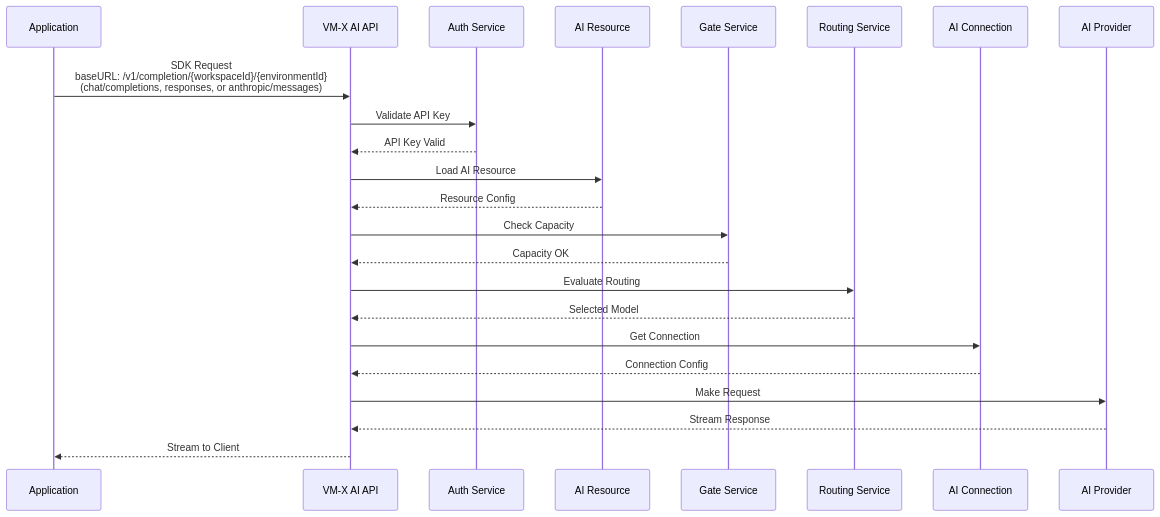
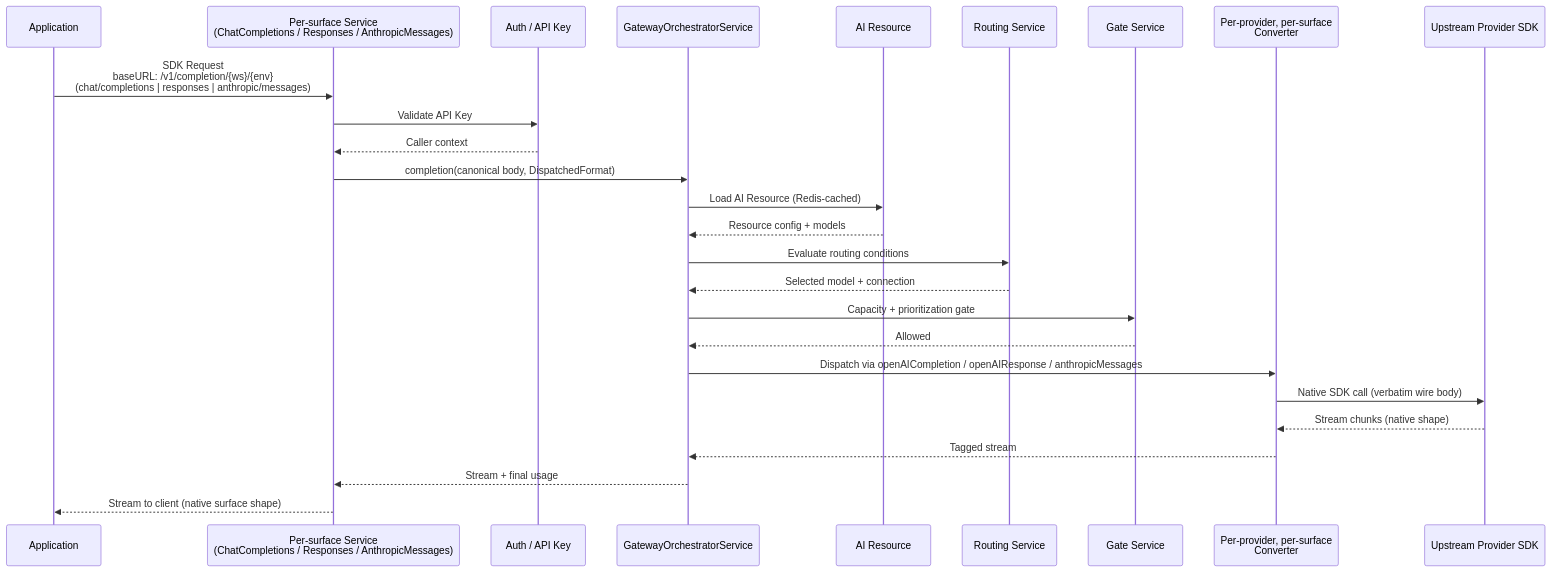
The second of 12 diagrams in docs/docs/architecture.md (vm-x-ai/vm-x-ai), drawn with Mermaid before and after one commit. The commit also changed other lines of this file and 183 other files, not shown here.

````diff
--- a/docs/docs/architecture.md
+++ b/docs/docs/architecture.md
@@ -118,26 +151,29 @@
 ```mermaid
 sequenceDiagram
     participant App as Application
-    participant VMX as VM-X AI API
-    participant Auth as Auth Service
+    participant Surface as Per-surface Service<br/>(ChatCompletions / Responses / AnthropicMessages)
+    participant Auth as Auth / API Key
+    participant Orch as GatewayOrchestratorService
     participant Resource as AI Resource
+    participant Routing as Routing Service
     participant Gate as Gate Service
-    participant Routing as Routing Service
-    participant Connection as AI Connection
-    participant Provider as AI Provider
+    participant Conv as Per-provider, per-surface<br/>Converter
+    participant Provider as Upstream Provider SDK
 
-    App->>VMX: SDK Request<br/>baseURL: /v1/completion/{workspaceId}/{environmentId}<br/>(chat/completions, responses, or anthropic/messages)
-    VMX->>Auth: Validate API Key
-    Auth-->>VMX: API Key Valid
-    VMX->>Resource: Load AI Resource
-    Resource-->>VMX: Resource Config
-    VMX->>Gate: Check Capacity
-    Gate-->>VMX: Capacity OK
-    VMX->>Routing: Evaluate Routing
-    Routing-->>VMX: Selected Model
-    VMX->>Connection: Get Connection
-    Connection-->>VMX: Connection Config
-    VMX->>Provider: Make Request
-    Provider-->>VMX: Stream Response
-    VMX-->>App: Stream to Client
+    App->>Surface: SDK Request<br/>baseURL: /v1/completion/{ws}/{env}<br/>(chat/completions | responses | anthropic/messages)
+    Surface->>Auth: Validate API Key
+    Auth-->>Surface: Caller context
+    Surface->>Orch: completion(canonical body, DispatchedFormat)
+    Orch->>Resource: Load AI Resource (Redis-cached)
+    Resource-->>Orch: Resource config + models
+    Orch->>Routing: Evaluate routing conditions
+    Routing-->>Orch: Selected model + connection
+    Orch->>Gate: Capacity + prioritization gate
+    Gate-->>Orch: Allowed
+    Orch->>Conv: Dispatch via openAICompletion / openAIResponse / anthropicMessages
+    Conv->>Provider: Native SDK call (verbatim wire body)
+    Provider-->>Conv: Stream chunks (native shape)
+    Conv-->>Orch: Tagged stream
+    Orch-->>Surface: Stream + final usage
+    Surface-->>App: Stream to client (native surface shape)
 ```
````
